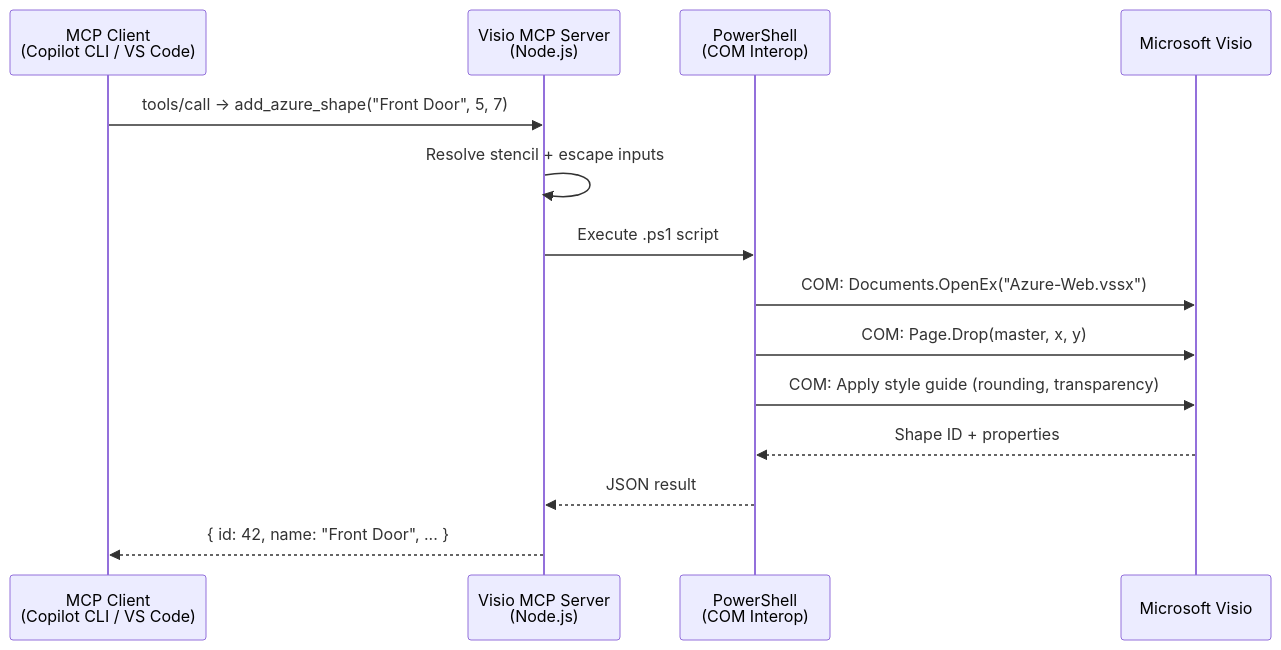
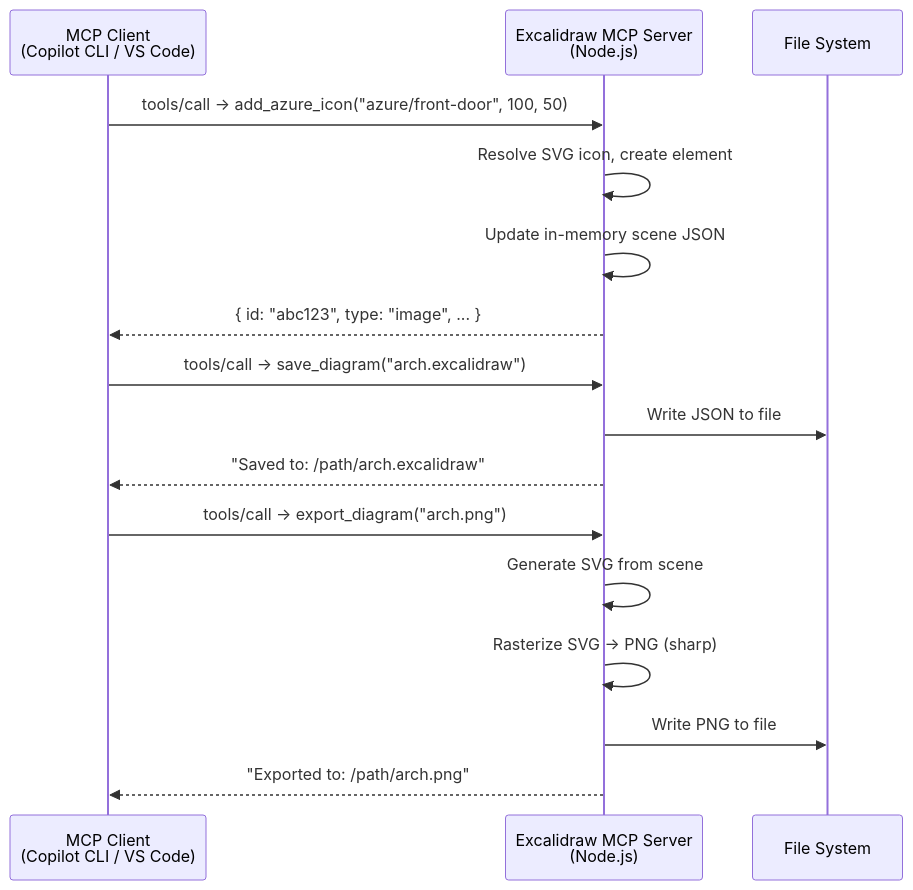
One commit to ragmha/mcp-server-visio changed the diagram in README.md. Above: the diagram before and after it, drawn with Mermaid. The commit also changed other lines of this file and 11 other files, not shown here.

````diff
--- a/README.md
+++ b/README.md
@@ -146,17 +157,21 @@
 ```mermaid
 sequenceDiagram
     participant Client as MCP Client<br/>(Copilot CLI / VS Code)
-    participant Server as Visio MCP Server<br/>(Node.js)
-    participant PS as PowerShell<br/>(COM Interop)
-    participant Visio as Microsoft Visio
+    participant Server as Excalidraw MCP Server<br/>(Node.js)
+    participant FS as File System
 
-    Client->>Server: tools/call → add_azure_shape("Front Door", 5, 7)
-    Server->>Server: Resolve stencil + escape inputs
-    Server->>PS: Execute .ps1 script
-    PS->>Visio: COM: Documents.OpenEx("Azure-Web.vssx")
-    PS->>Visio: COM: Page.Drop(master, x, y)
-    PS->>Visio: COM: Apply style guide (rounding, transparency)
-    Visio-->>PS: Shape ID + properties
-    PS-->>Server: JSON result
-    Server-->>Client: { id: 42, name: "Front Door", ... }
+    Client->>Server: tools/call → add_azure_icon("azure/front-door", 100, 50)
+    Server->>Server: Resolve SVG icon, create element
+    Server->>Server: Update in-memory scene JSON
+    Server-->>Client: { id: "abc123", type: "image", ... }
+
+    Client->>Server: tools/call → save_diagram("arch.excalidraw")
+    Server->>FS: Write JSON to file
+    Server-->>Client: "Saved to: /path/arch.excalidraw"
+
+    Client->>Server: tools/call → export_diagram("arch.png")
+    Server->>Server: Generate SVG from scene
+    Server->>Server: Rasterize SVG → PNG (sharp)
+    Server->>FS: Write PNG to file
+    Server-->>Client: "Exported to: /path/arch.png"
 ```
````
